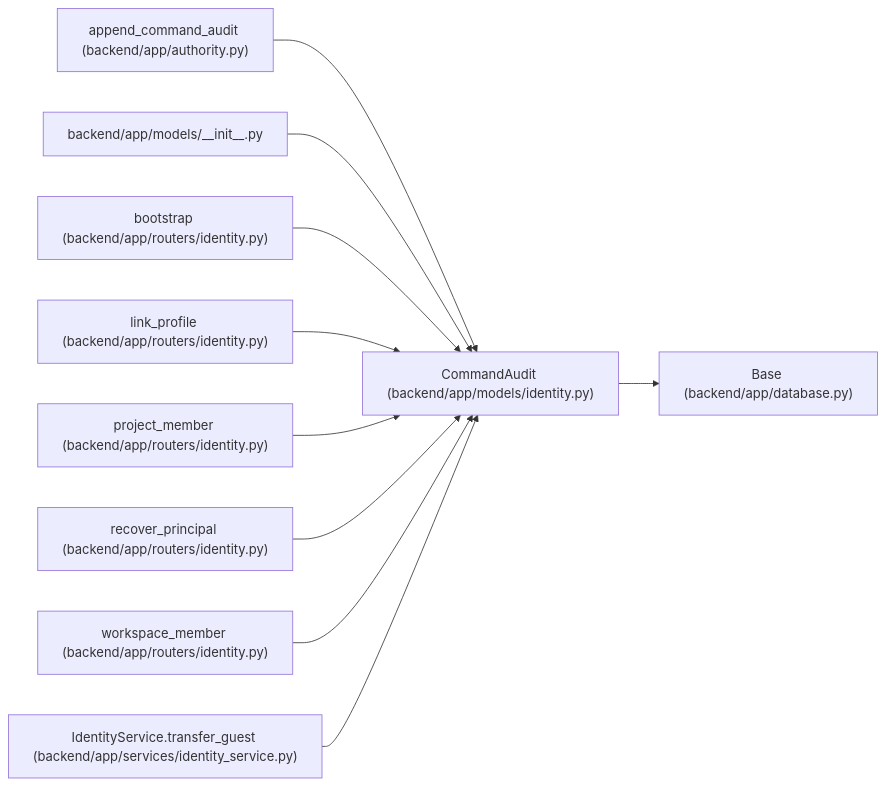
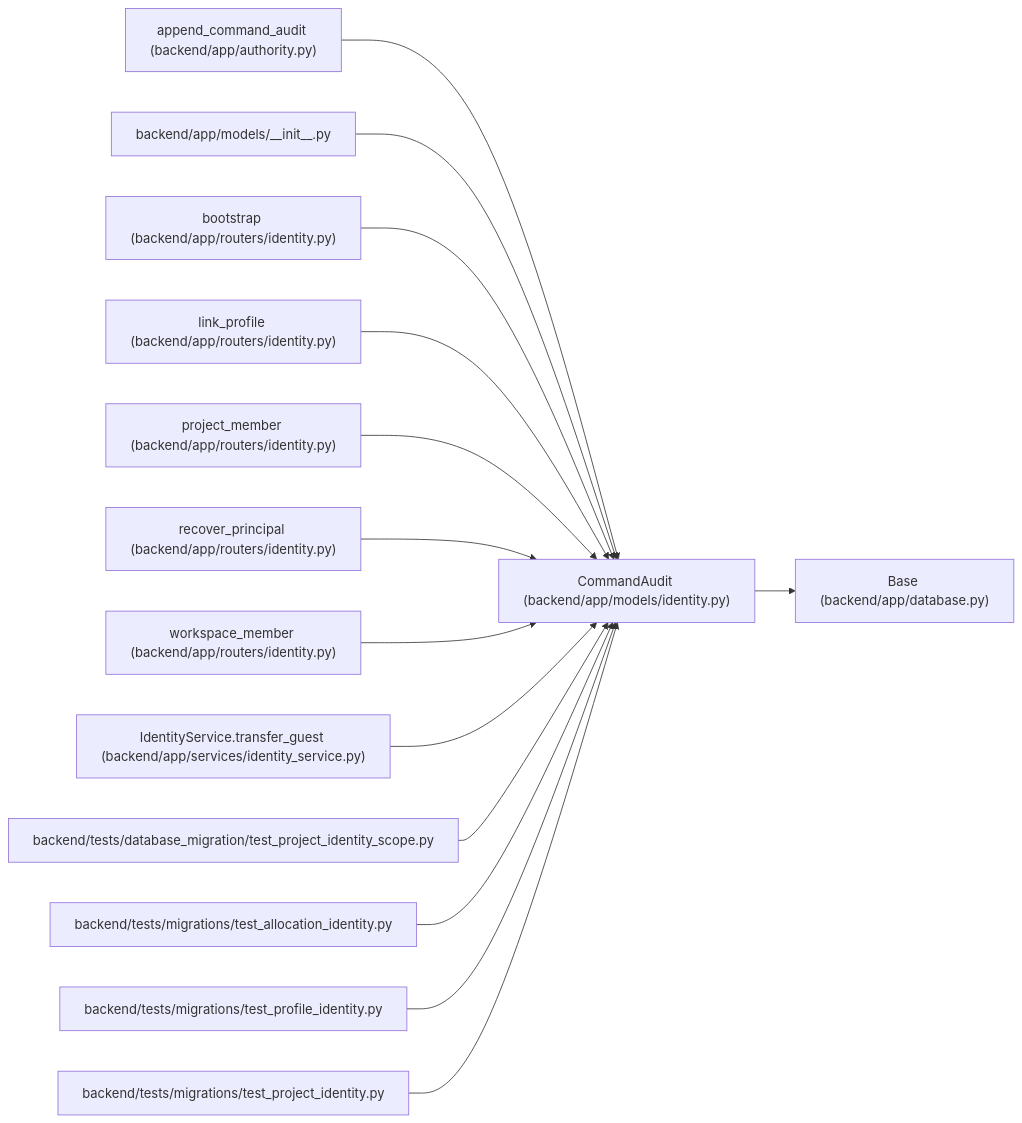
Before and after one commit to Denissvgn/WorkChord: the diagram in docs/llm_wiki/entities/CommandAudit.md, drawn with Mermaid. The commit also changed other lines of this file and 10148 other files, not shown here.

````diff
--- a/docs/llm_wiki/entities/CommandAudit.md
+++ b/docs/llm_wiki/entities/CommandAudit.md
@@ -33,32 +33,44 @@
 ```mermaid
 flowchart LR
     n0["CommandAudit (backend/app/models/identity.py)"]
     n1["Base (backend/app/database.py)"]
     n2["append_command_audit (backend/app/authority.py)"]
     n3["backend/app/models/__init__.py"]
     n4["bootstrap (backend/app/routers/identity.py)"]
     n5["link_profile (backend/app/routers/identity.py)"]
     n6["project_member (backend/app/routers/identity.py)"]
     n7["recover_principal (backend/app/routers/identity.py)"]
     n8["workspace_member (backend/app/routers/identity.py)"]
     n9["IdentityService.transfer_guest (backend/app/services/identity_service.py)"]
+    n10["backend/tests/database_migration/test_project_identity_scope.py"]
+    n11["backend/tests/migrations/test_allocation_identity.py"]
+    n12["backend/tests/migrations/test_profile_identity.py"]
+    n13["backend/tests/migrations/test_project_identity.py"]
     n0 --> n1
     n2 --> n0
     n3 --> n0
     n4 --> n0
     n5 --> n0
     n6 --> n0
     n7 --> n0
     n8 --> n0
     n9 --> n0
+    n10 --> n0
+    n11 --> n0
+    n12 --> n0
+    n13 --> n0
     click n0 "../modules/models_identity.md"
     click n1 "../modules/app_database.md"
     click n2 "../modules/authority.md"
     click n3 "../modules/models___init__.md"
     click n4 "../modules/routers_identity.md"
     click n5 "../modules/routers_identity.md"
     click n6 "../modules/routers_identity.md"
     click n7 "../modules/routers_identity.md"
     click n8 "../modules/routers_identity.md"
     click n9 "../modules/identity_service.md"
+    click n10 "../modules/test_project_identity_scope.md"
+    click n11 "../modules/test_allocation_identity.md"
+    click n12 "../modules/test_profile_identity.md"
+    click n13 "../modules/test_project_identity.md"
 ```
````
